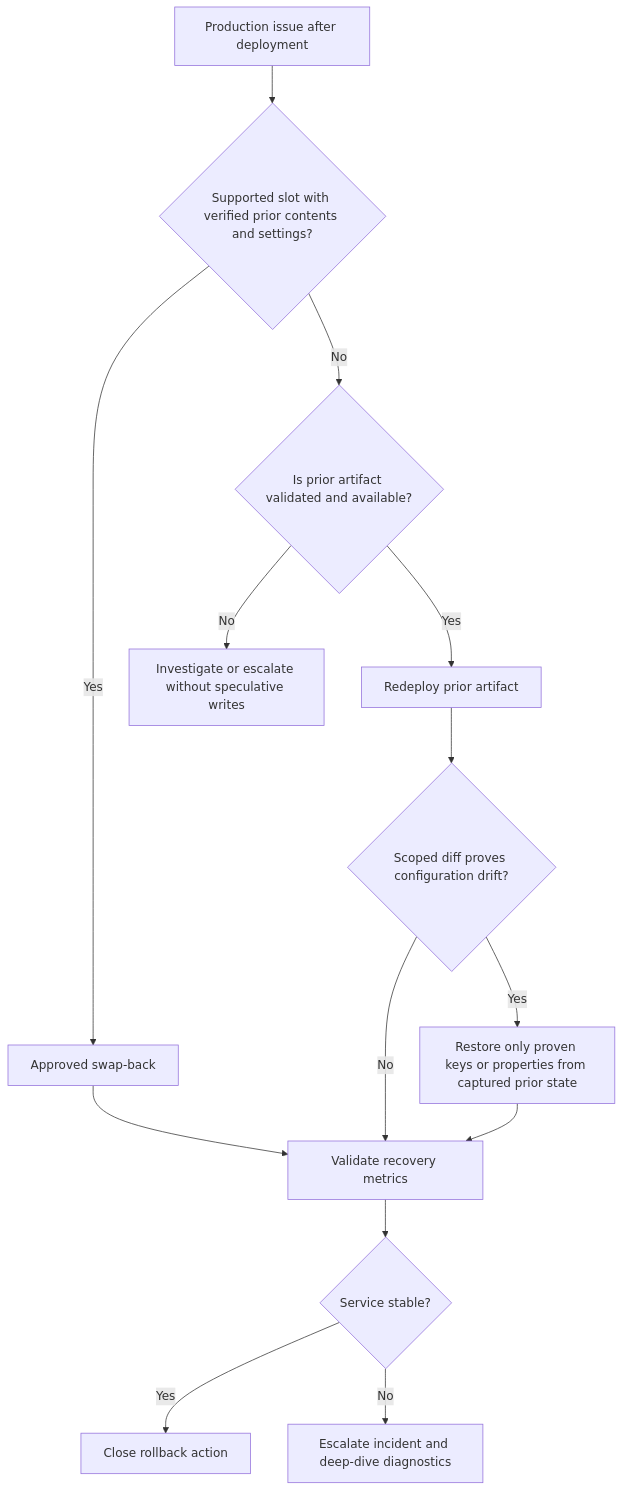
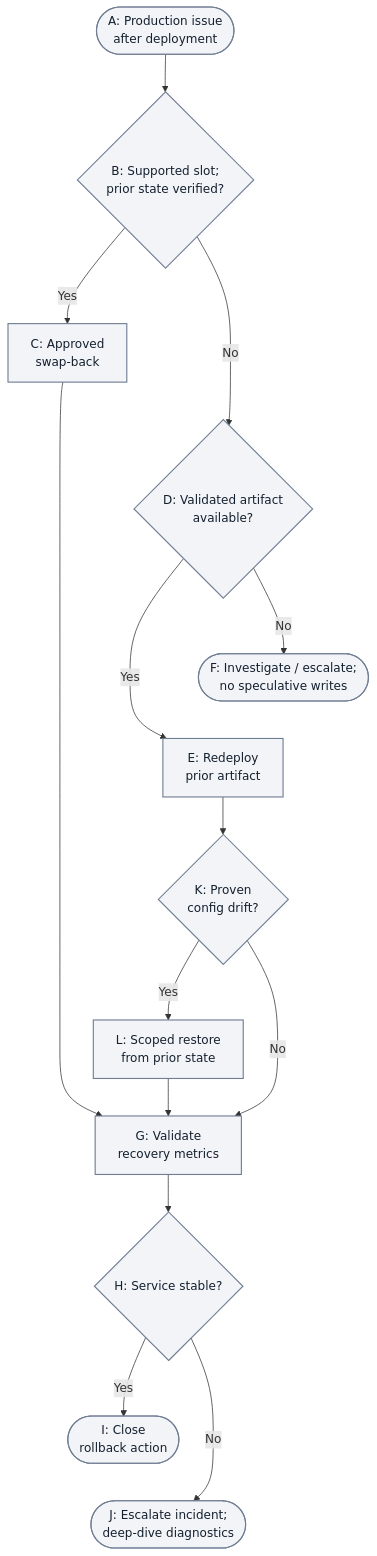
The second of 3 diagrams in docs/best-practices/deployment.md (yeongseon/azure-functions-practical-guide), drawn with Mermaid before and after one commit. The commit also changed other lines of this file and 1 other file, not shown here.

First line of the commit message:
docs(diagrams): migrate Functions best-practices deployment.md diagrams — deployment (#460)

````diff
--- a/docs/best-practices/deployment.md
+++ b/docs/best-practices/deployment.md
@@ -293,16 +329,24 @@
 ```mermaid
 flowchart TD
-    A[Production issue after deployment] --> B{Supported slot with verified prior contents and settings?}
-    B -->|Yes| C[Approved swap-back]
-    B -->|No| D{Is prior artifact validated and available?}
-    D -->|Yes| E[Redeploy prior artifact]
-    D -->|No| F[Investigate or escalate without speculative writes]
-    C --> G[Validate recovery metrics]
-    E --> K{Scoped diff proves configuration drift?}
-    K -->|Yes| L[Restore only proven keys or properties from captured prior state]
+    accTitle: Production incident rollback decisions
+    accDescr: Illustrative incident flow: use an approved swap-back only with a supported slot and verified prior contents and settings; otherwise check the validated prior artifact or investigate without speculative writes. After redeployment, restore only proven configuration drift. Validate recovery metrics, close if stable, or escalate for diagnostics. Letter keys below retain the full step wording.
+    A(["A: Production issue<br/>after deployment"]) --> B{"B: Supported slot;<br/>prior state verified?"}
+    B -->|Yes| C["C: Approved<br/>swap-back"]
+    B -->|No| D{"D: Validated artifact<br/>available?"}
+    D -->|Yes| E["E: Redeploy<br/>prior artifact"]
+    D -->|No| F(["F: Investigate / escalate;<br/>no speculative writes"])
+    C --> G["G: Validate<br/>recovery metrics"]
+    E --> K{"K: Proven<br/>config drift?"}
+    K -->|Yes| L["L: Scoped restore<br/>from prior state"]
     K -->|No| G
     L --> G
-    G --> H{Service stable?}
-    H -->|Yes| I[Close rollback action]
-    H -->|No| J[Escalate incident and deep-dive diagnostics]
+    G --> H{"H: Service stable?"}
+    H -->|Yes| I(["I: Close<br/>rollback action"])
+    H -->|No| J(["J: Escalate incident;<br/>deep-dive diagnostics"])
+    %% Layout-only links tier branches; they add no recovery steps or arrows.
+    C ~~~ D
+    F ~~~ E
+    I ~~~ J
+    classDef neutral fill:#f2f4f8,stroke:#707e93,stroke-width:1.5px,color:#14202e;
+    class A,B,C,D,E,F,G,K,L,H,I,J neutral;
 ```
````
